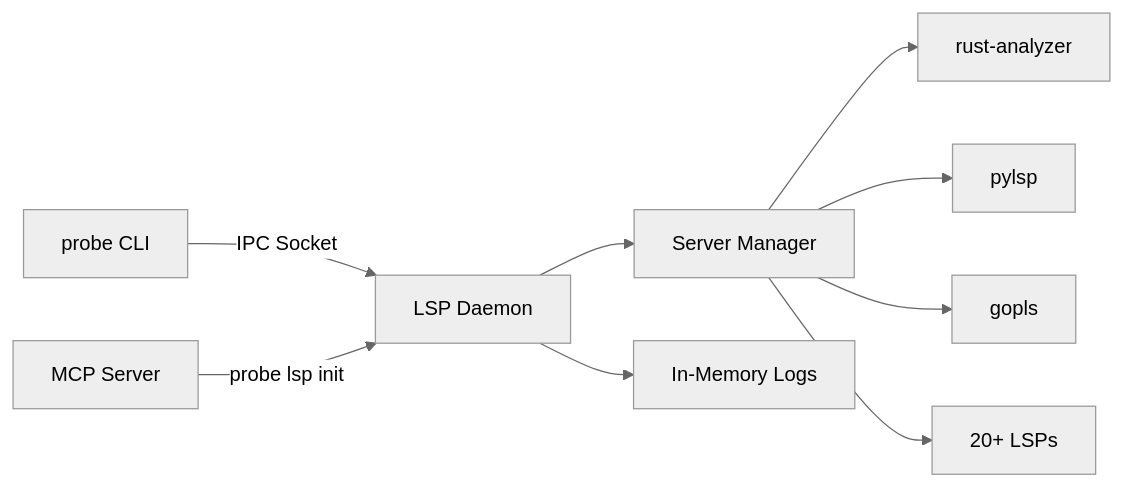
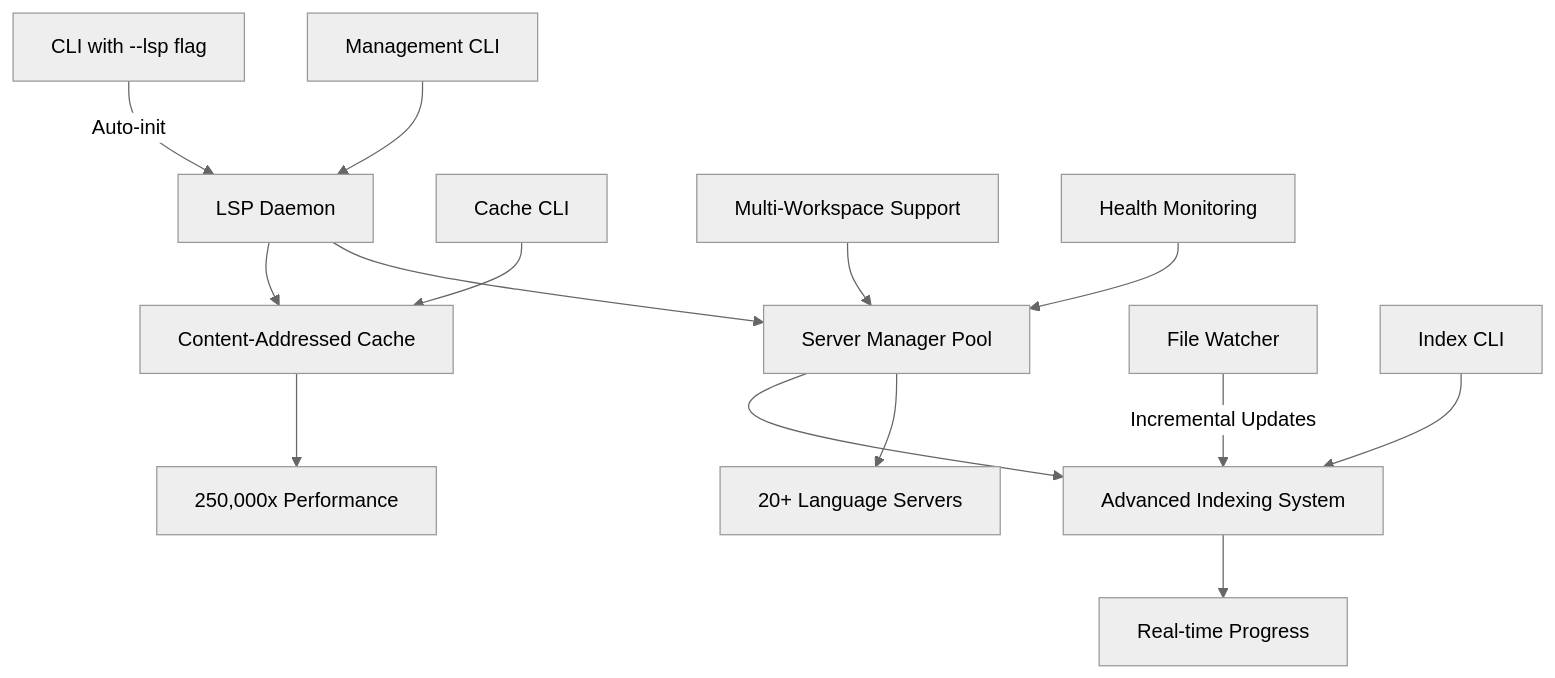
One commit to probelabs/probe changed the diagram in current_pr_description.md. Above: the diagram before and after it, drawn with Mermaid (neutral theme). The commit also changed other lines of this file and 29 other files, not shown here.

First line of the commit message:
feat(lsp): implement persistent cache with three-layer architecture

````diff
--- a/current_pr_description.md
+++ b/current_pr_description.md
@@ -17,11 +116,16 @@
 ```mermaid
-graph LR
-    A[probe CLI] -->|IPC Socket| B[LSP Daemon]
-    B --> C[Server Manager]
-    C --> D[rust-analyzer]
-    C --> E[pylsp]
-    C --> F[gopls]
-    C --> G[20+ LSPs]
-    B --> H[In-Memory Logs]
-    I[MCP Server] -->|probe lsp init| B
+graph TB
+    A[CLI with --lsp flag] -->|Auto-init| B[LSP Daemon]
+    B --> C[Content-Addressed Cache]
+    C --> D[250,000x Performance]
+    B --> E[Server Manager Pool]
+    E --> F[Advanced Indexing System]
+    F --> G[Real-time Progress]
+    E --> H[20+ Language Servers]
+    I[File Watcher] -->|Incremental Updates| F
+    J[Cache CLI] --> C
+    K[Index CLI] --> F
+    L[Management CLI] --> B
+    M[Multi-Workspace Support] --> E
+    N[Health Monitoring] --> E
 ```
````
